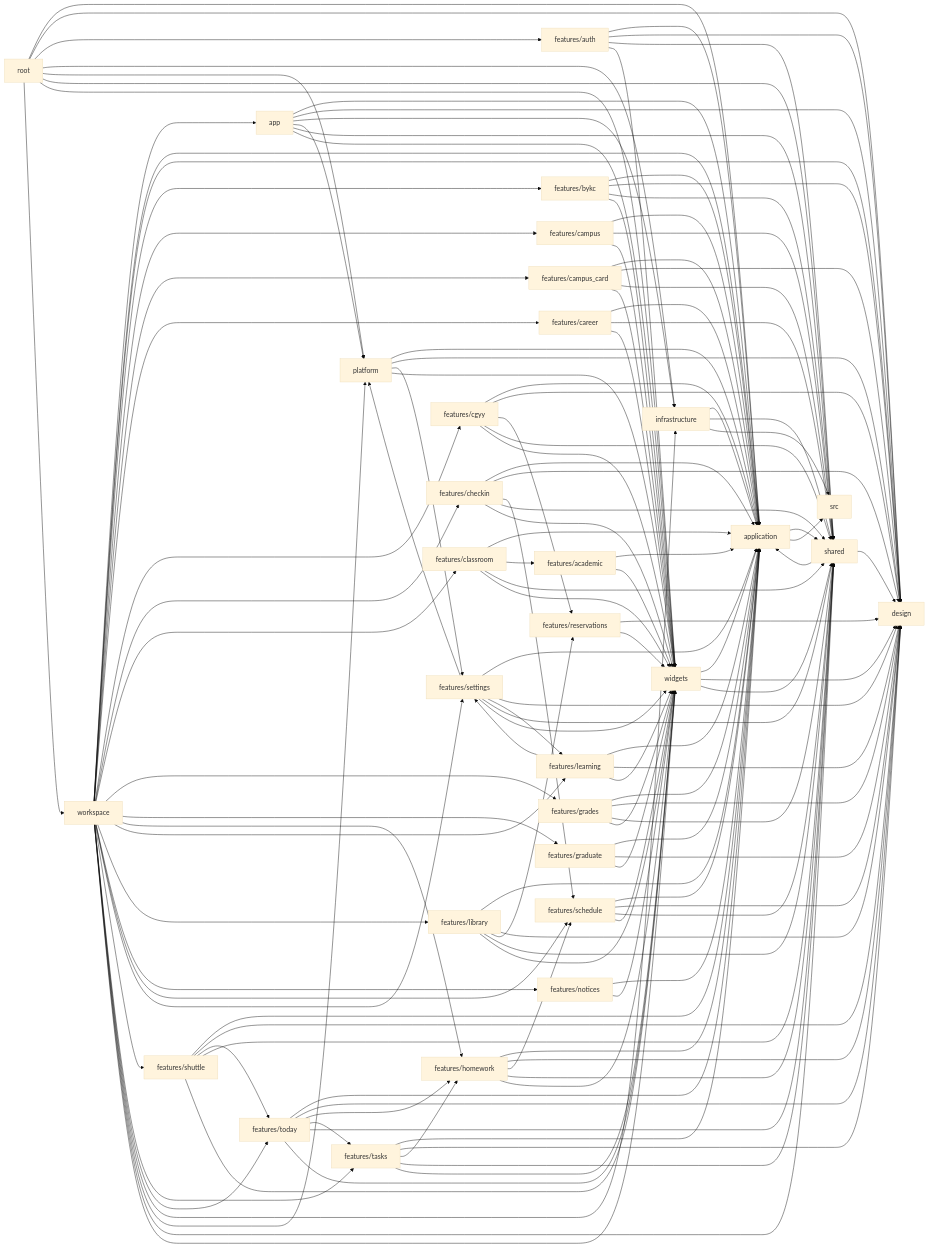
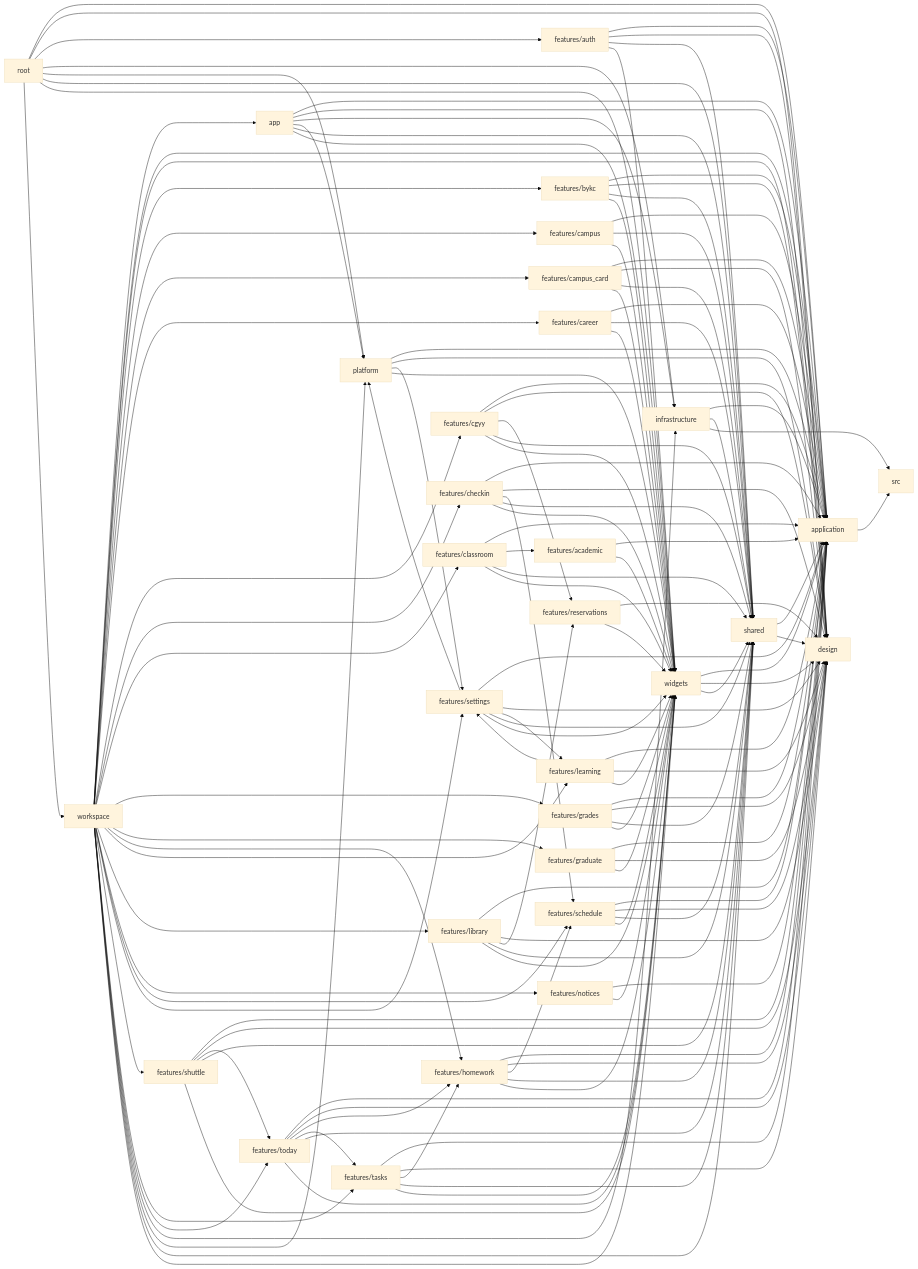
One commit to JUANWANG-BUAA/ginkgo changed the first of 2 diagrams in docs/interfaces/DEPENDENCY-GRAPH.md. Above: the diagram before and after it, drawn with Mermaid (base theme). The commit also changed other lines of this file and 14 other files, not shown here.

```diff
--- a/docs/interfaces/DEPENDENCY-GRAPH.md
+++ b/docs/interfaces/DEPENDENCY-GRAPH.md
@@ -47,7 +47,6 @@
   n_app --> n_platform
   n_app --> n_shared
   n_app --> n_widgets
-  n_application --> n_shared
   n_application --> n_src
   n_features_academic --> n_application
   n_features_academic --> n_widgets
```
